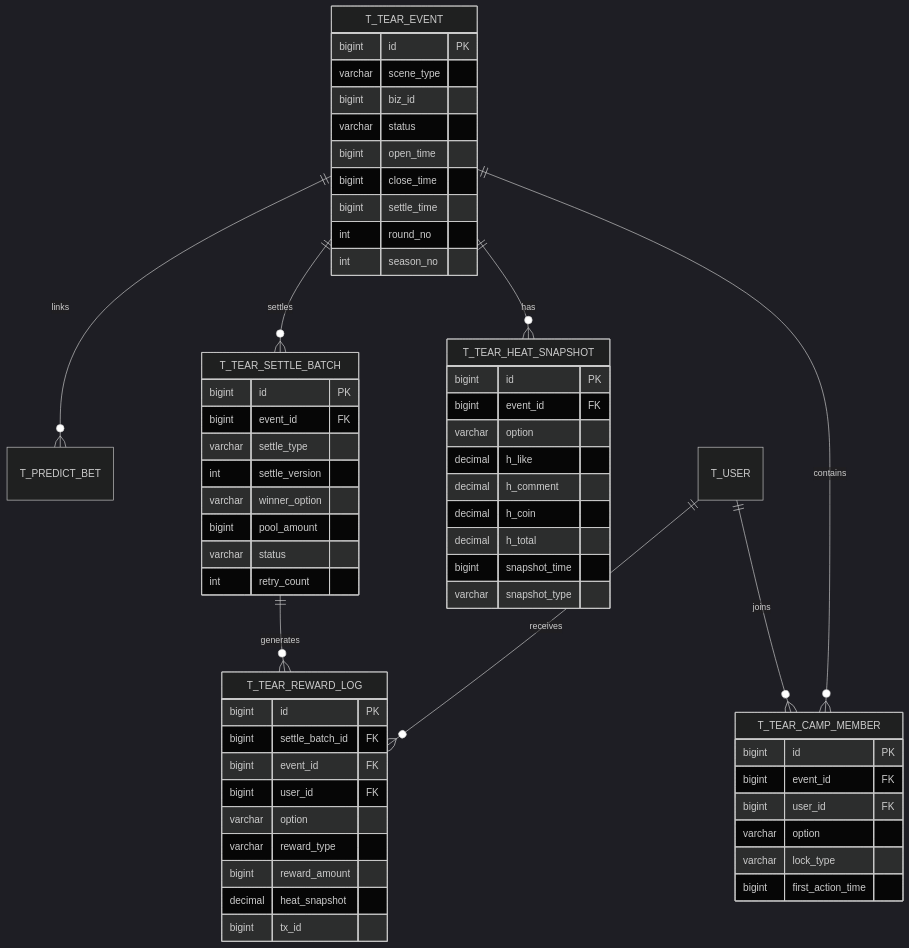
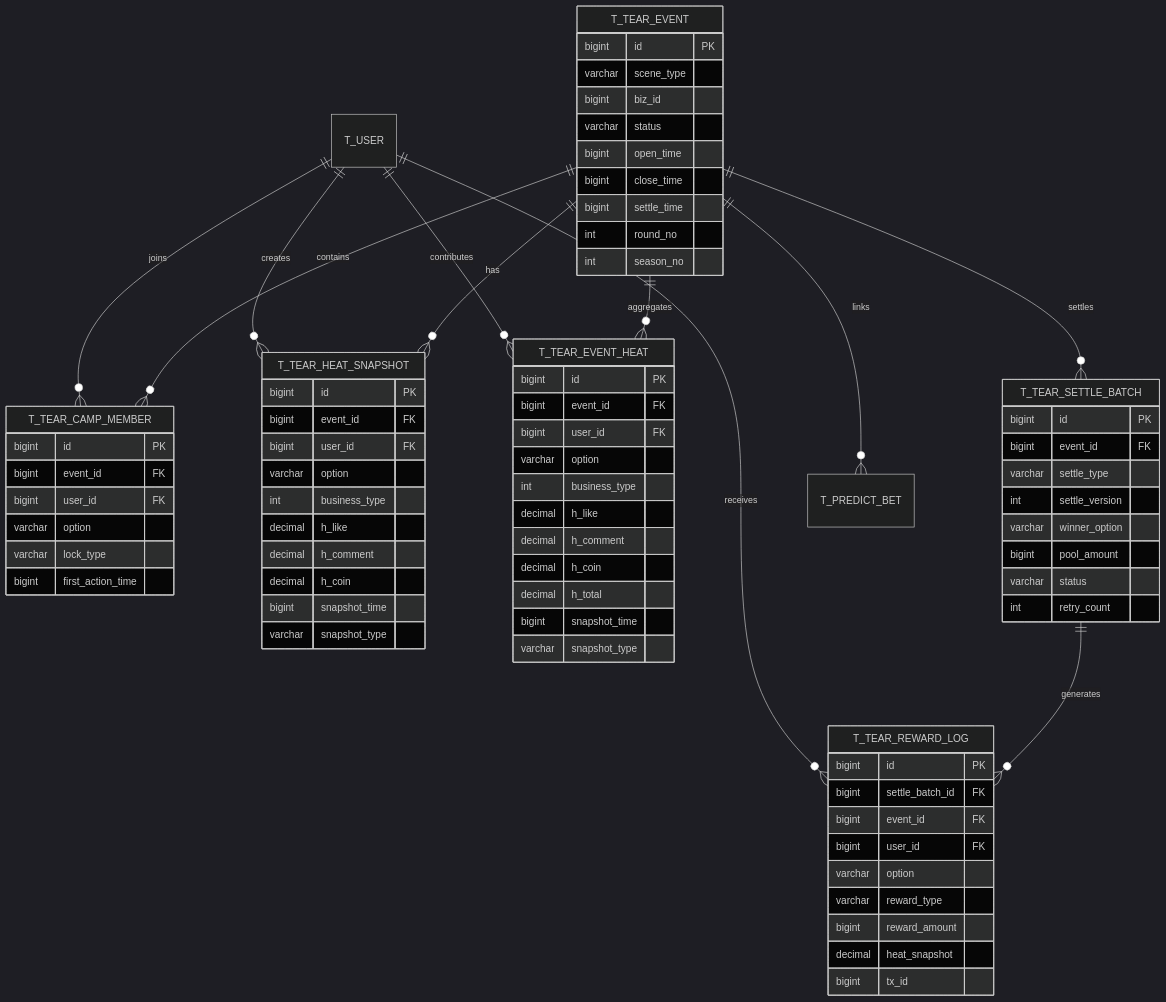
Before and after one commit to maoshuo1988/turtlepoll: the diagram in prompt/project/撕裂带-暗盘特性部分/07-ER关系图-0.md, drawn with Mermaid (dark theme). The commit also changed other lines of this file and 19 other files, not shown here.

```diff
--- a/prompt/project/撕裂带-暗盘特性部分/07-ER关系图-0.md
+++ b/prompt/project/撕裂带-暗盘特性部分/07-ER关系图-0.md
@@ -4,10 +4,13 @@
 erDiagram
     T_TEAR_EVENT ||--o{ T_TEAR_CAMP_MEMBER : contains
     T_TEAR_EVENT ||--o{ T_TEAR_HEAT_SNAPSHOT : has
+    T_TEAR_EVENT ||--o{ T_TEAR_EVENT_HEAT : aggregates
     T_TEAR_EVENT ||--o{ T_TEAR_SETTLE_BATCH : settles
     T_TEAR_SETTLE_BATCH ||--o{ T_TEAR_REWARD_LOG : generates
     T_TEAR_EVENT ||--o{ T_PREDICT_BET : links
     T_USER ||--o{ T_TEAR_CAMP_MEMBER : joins
+    T_USER ||--o{ T_TEAR_HEAT_SNAPSHOT : creates
+    T_USER ||--o{ T_TEAR_EVENT_HEAT : contributes
     T_USER ||--o{ T_TEAR_REWARD_LOG : receives
 
     T_TEAR_EVENT {
@@ -34,7 +37,22 @@
     T_TEAR_HEAT_SNAPSHOT {
       bigint id PK
       bigint event_id FK
+      bigint user_id FK
       varchar option
+      int business_type
+      decimal h_like
+      decimal h_comment
+      decimal h_coin
+      bigint snapshot_time
+      varchar snapshot_type
+    }
+
+    T_TEAR_EVENT_HEAT {
+      bigint id PK
+      bigint event_id FK
+      bigint user_id FK
+      varchar option
+      int business_type
       decimal h_like
       decimal h_comment
       decimal h_coin
```
